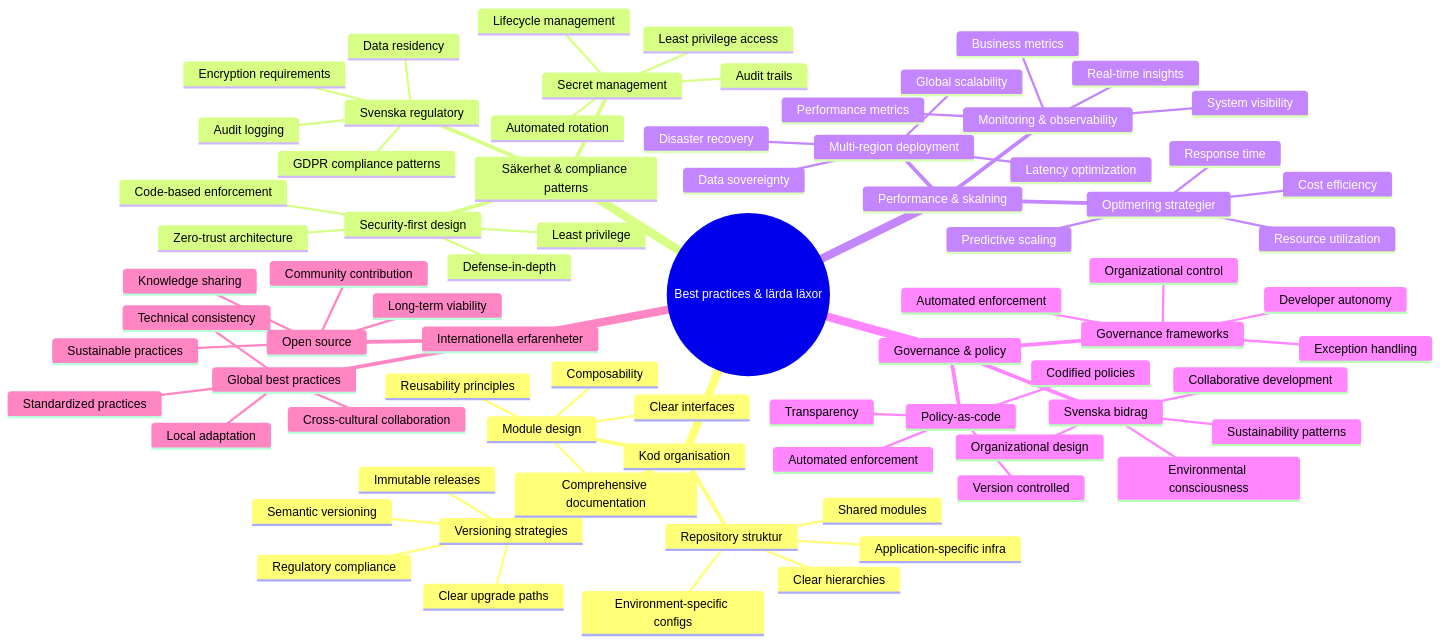
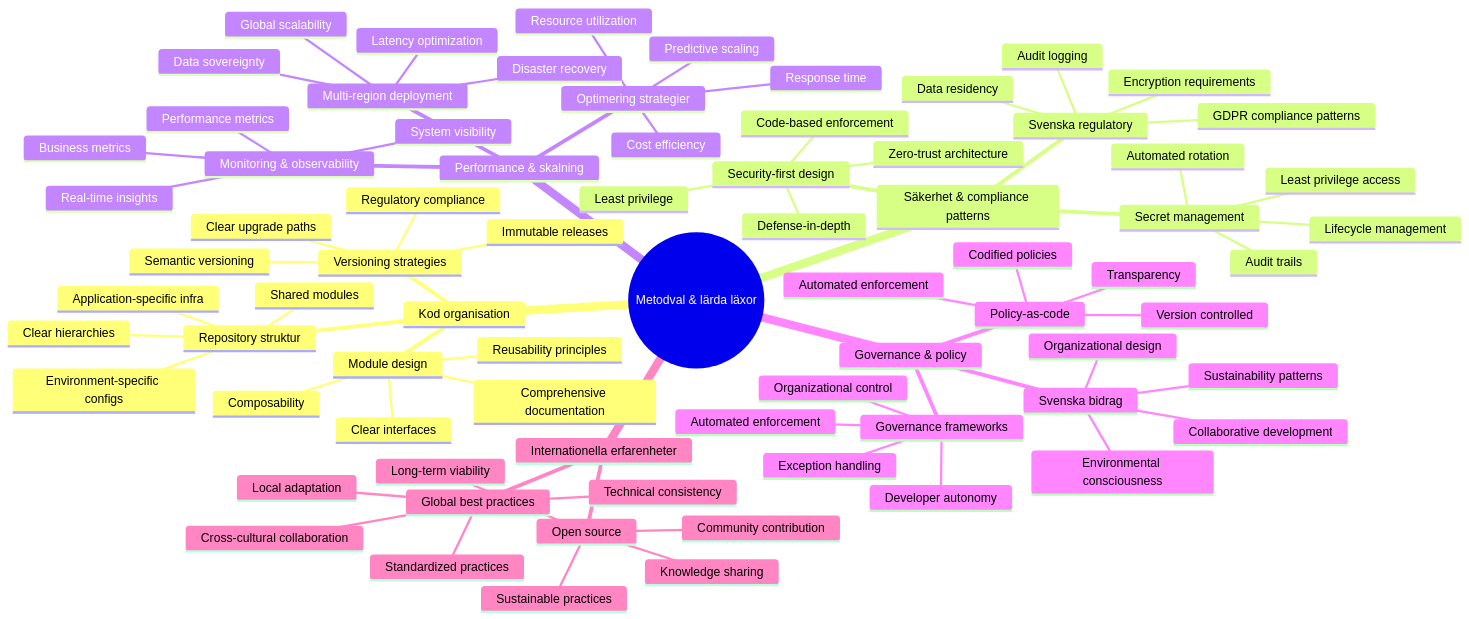
One commit to Geonitab/architecture_as_code changed the diagram in docs/images/mindmap_22_best_practices.mmd. Above: the diagram before and after it, drawn with Mermaid. The commit also changed 1 other file, not shown here.

```diff
--- a/docs/images/mindmap_22_best_practices.mmd
+++ b/docs/images/mindmap_22_best_practices.mmd
@@ -1,77 +1,77 @@
 mindmap
-  root((Best practices & lärda läxor))
+  root((Metodval & lärda läxor))
     Kod organisation
       Repository struktur
         Shared modules
         Environment-specific configs
         Application-specific infra
         Clear hierarchies
       Module design
         Reusability principles
         Composability
         Clear interfaces
         Comprehensive documentation
       Versioning strategies
         Semantic versioning
         Immutable releases
         Clear upgrade paths
         Regulatory compliance
     Säkerhet & compliance patterns
       Security-first design
         Defense-in-depth
         Least privilege
         Zero-trust architecture
         Code-based enforcement
       Svenska regulatory
         GDPR compliance patterns
         Data residency
         Encryption requirements
         Audit logging
       Secret management
         Automated rotation
         Audit trails
         Least privilege access
         Lifecycle management
     Performance & skalning
       Optimering strategier
         Cost efficiency
         Resource utilization
         Response time
         Predictive scaling
       Multi-region deployment
         Global scalability
         Data sovereignty
         Latency optimization
         Disaster recovery
       Monitoring & observability
         System visibility
         Real-time insights
         Performance metrics
         Business metrics
     Governance & policy
       Governance frameworks
         Developer autonomy
         Organizational control
         Automated enforcement
         Exception handling
       Policy-as-code
         Codified policies
         Version controlled
         Automated enforcement
         Transparency
       Svenska bidrag
         Organizational design
         Environmental consciousness
         Collaborative development
         Sustainability patterns
     Internationella erfarenheter
       Global best practices
         Cross-cultural collaboration
         Technical consistency
         Local adaptation
         Standardized practices
       Open source
         Community contribution
         Knowledge sharing
         Sustainable practices
         Long-term viability
```
